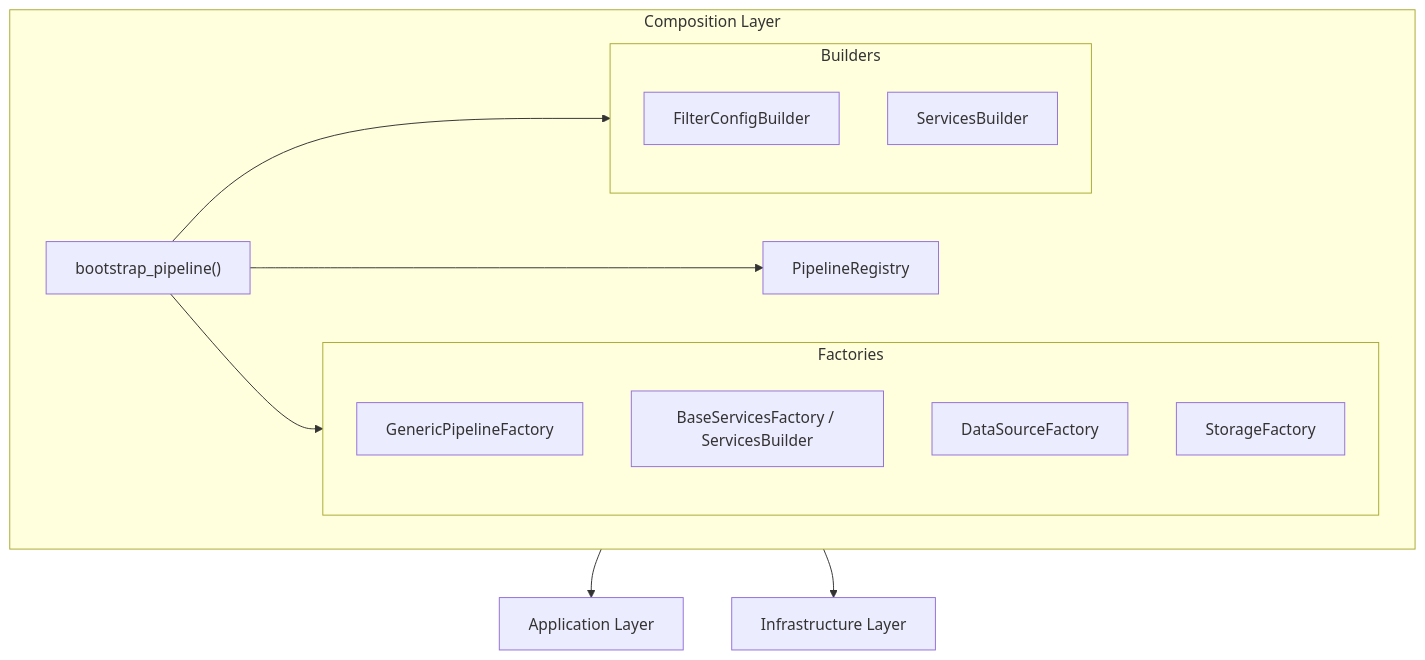
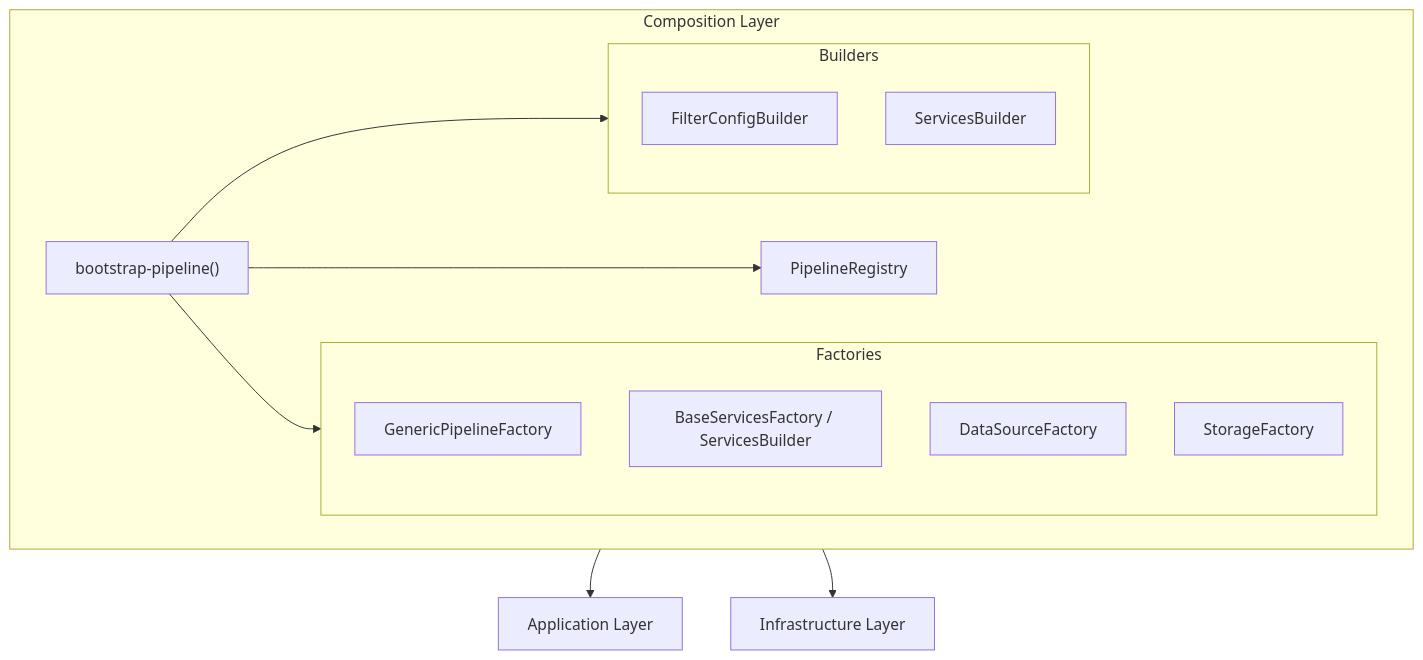
The diagram in docs/04-reference/api/composition.md (SatoryKono/BioactivityDataAcquisition), drawn with Mermaid before and after one commit. The commit also changed other lines of this file and 311 other files, not shown here.

````diff
--- a/docs/04-reference/api/composition.md
+++ b/docs/04-reference/api/composition.md
@@ -7,26 +7,26 @@
 ```mermaid
 flowchart TB
     subgraph Composition["Composition Layer"]
-        Bootstrap["bootstrap_pipeline()"]
+        Bootstrap["bootstrap-pipeline()"]
         Registry["PipelineRegistry"]
 
         subgraph Factories["Factories"]
             PF[GenericPipelineFactory]
             SF[BaseServicesFactory / ServicesBuilder]
             DF[DataSourceFactory]
             StF[StorageFactory]
         end
 
         subgraph Builders["Builders"]
             FB[FilterConfigBuilder]
             SB[ServicesBuilder]
         end
 
         Bootstrap --> Registry
         Bootstrap --> Factories
         Bootstrap --> Builders
     end
 
     Composition --> Application["Application Layer"]
     Composition --> Infrastructure["Infrastructure Layer"]
 ```
````
